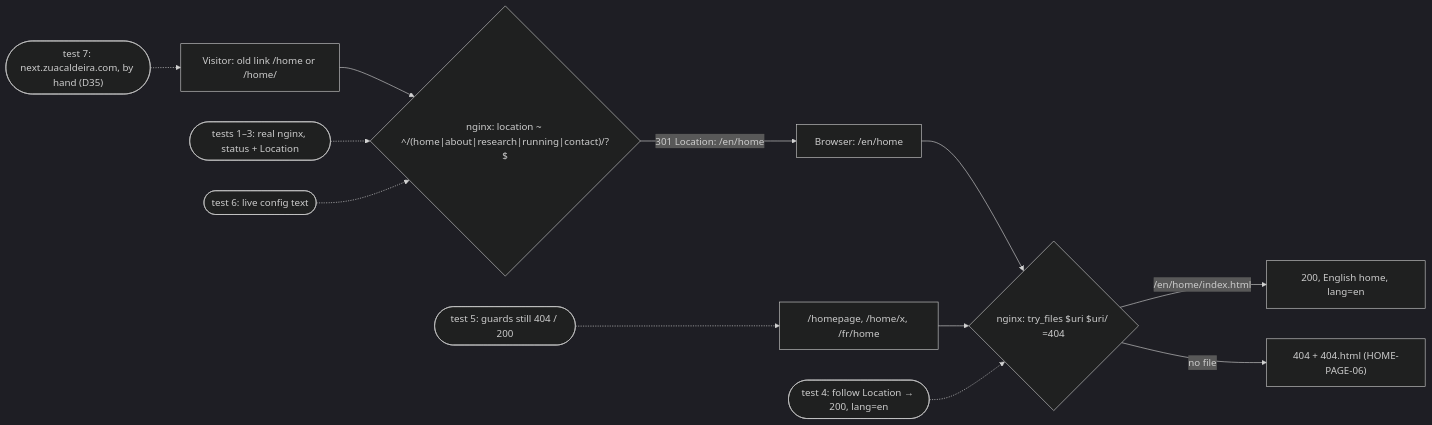
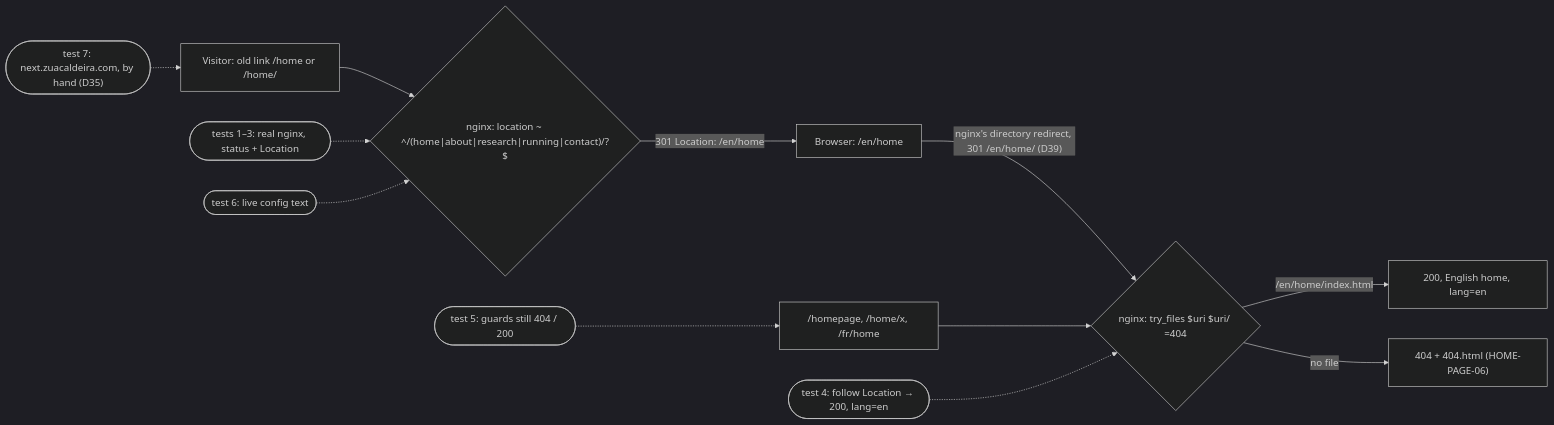
Before and after one commit to zuacaldeira/zuacaldeira.com: the second of 7 diagrams in docs/examples/home.md, drawn with Mermaid (dark theme). The commit also changed other lines of this file, not shown here.

Commit message:
Keep the two hops of an old link: record D39 for HOME-PAGE-05

````diff
--- a/docs/examples/home.md
+++ b/docs/examples/home.md
@@ -81,15 +81,15 @@
 ```mermaid
 flowchart LR
     V["Visitor: old link /home or /home/"] --> R{"nginx: location ~ ^/(home|about|research|running|contact)/?$"}
     R -->|"301 Location: /en/home"| V2["Browser: /en/home"]
-    V2 --> N{"nginx: try_files $uri $uri/ =404"}
+    V2 -->|"nginx's directory redirect, 301 /en/home/ (D39)"| N{"nginx: try_files $uri $uri/ =404"}
     N -->|"/en/home/index.html"| OK["200, English home, lang=en"]
     G["/homepage, /home/x, /fr/home"] --> N
     N -->|"no file"| E["404 + 404.html (HOME-PAGE-06)"]
 
     T13(["tests 1–3: real nginx, status + Location"]) -.-> R
     T4(["test 4: follow Location → 200, lang=en"]) -.-> N
     T5(["test 5: guards still 404 / 200"]) -.-> G
     T6(["test 6: live config text"]) -.-> R
     T7(["test 7: next.zuacaldeira.com, by hand (D35)"]) -.-> V
 ```
````
